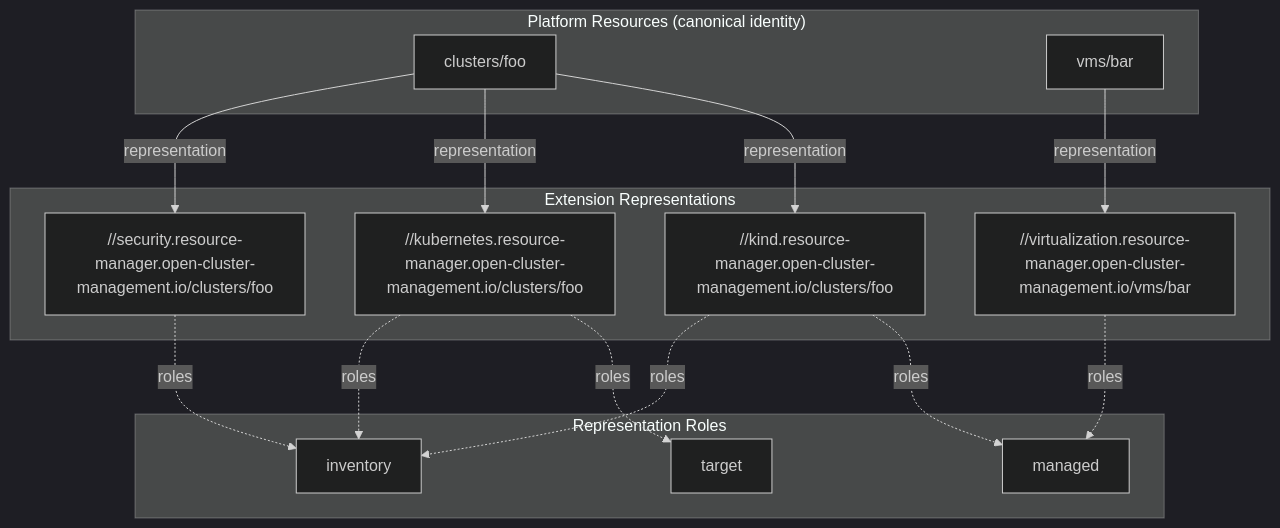
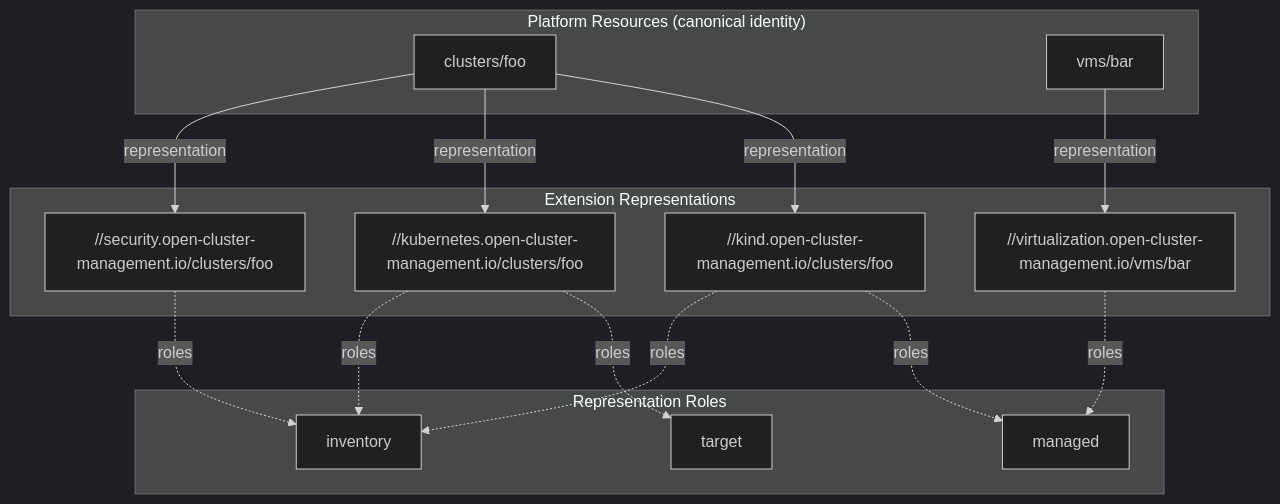
The diagram in docs/design/architecture/resource_identity_and_api.md (fleetshift/fleetshift-poc), drawn with Mermaid (dark theme) before and after one commit. The commit also changed other lines of this file and 362 other files, not shown here.

````diff
--- a/docs/design/architecture/resource_identity_and_api.md
+++ b/docs/design/architecture/resource_identity_and_api.md
@@ -55,31 +55,31 @@
 ```mermaid
 graph TB
     subgraph platformLayer ["Platform Resources (canonical identity)"]
         platformCluster["clusters/foo"]
         platformVM["vms/bar"]
     end
 
     subgraph extLayer ["Extension Representations"]
-        kind["//kind.resource-manager.open-cluster-management.io/clusters/foo"]
-        k8s["//kubernetes.resource-manager.open-cluster-management.io/clusters/foo"]
-        security["//security.resource-manager.open-cluster-management.io/clusters/foo"]
-        virtualization["//virtualization.resource-manager.open-cluster-management.io/vms/bar"]
+        kind["//kind.open-cluster-management.io/clusters/foo"]
+        k8s["//kubernetes.open-cluster-management.io/clusters/foo"]
+        security["//security.open-cluster-management.io/clusters/foo"]
+        virtualization["//virtualization.open-cluster-management.io/vms/bar"]
     end
 
     subgraph rolesLegend ["Representation Roles"]
         managed["managed"]
         inventory["inventory"]
         target["target"]
     end
 
     platformCluster -->|representation| kind
     platformCluster -->|representation| k8s
     platformCluster -->|representation| security
     kind -.->|roles| managed
     kind -.->|roles| inventory
     k8s -.->|roles| target
     k8s -.->|roles| inventory
     security -.->|roles| inventory
     platformVM -->|representation| virtualization
     virtualization -.->|roles| managed
 ```
````
